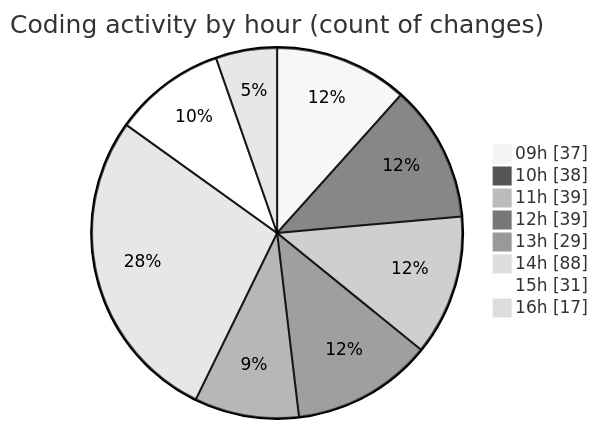
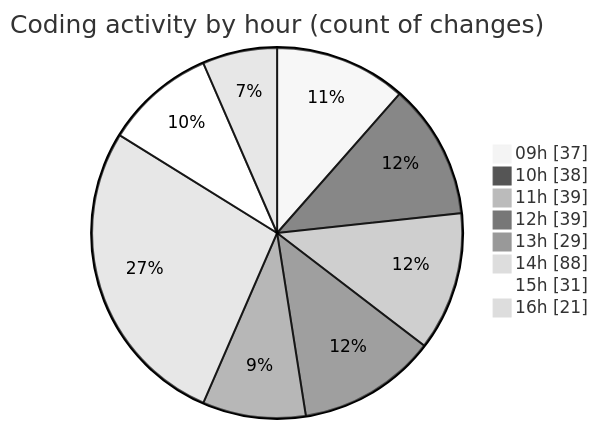
The second of 2 diagrams in 2025-02-12/cda/README.md (momahboobian/code-tracking), drawn with Mermaid (neutral theme) before and after one commit. The commit also changed other lines of this file and 1 other file, not shown here.

````diff
--- a/2025-02-12/cda/README.md
+++ b/2025-02-12/cda/README.md
@@ -50,12 +50,12 @@
 ```mermaid
 pie showData
 title Coding activity by hour (count of changes)
 "09h" : 37
 "10h" : 38
 "11h" : 39
 "12h" : 39
 "13h" : 29
 "14h" : 88
 "15h" : 31
-"16h" : 17
+"16h" : 21
 ```
````
